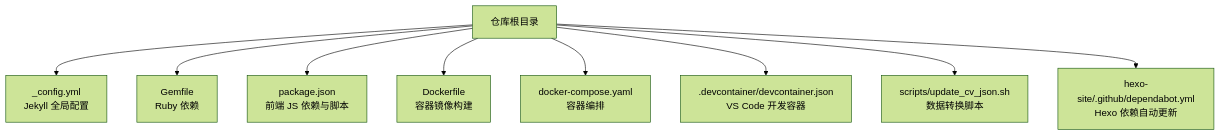
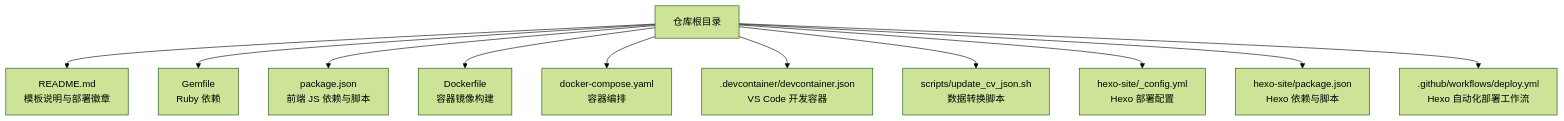
Before and after one commit to CoolPig0720/CoolPig0720.github.io: the first of 6 diagrams in .qoder/repowiki/zh/content/部署和维护/CI_CD 工作流程.md, drawn with Mermaid (forest theme). The commit also changed other lines of this file and 36 other files, not shown here.

````diff
--- a/.qoder/repowiki/zh/content/部署和维护/CI_CD 工作流程.md
+++ b/.qoder/repowiki/zh/content/部署和维护/CI_CD 工作流程.md
@@ -39,11 +38,13 @@
 ```mermaid
 graph TB
-A["仓库根目录"] --> B["_config.yml<br/>Jekyll 全局配置"]
+A["仓库根目录"] --> B["README.md<br/>模板说明与部署徽章"]
 A --> C["Gemfile<br/>Ruby 依赖"]
 A --> D["package.json<br/>前端 JS 依赖与脚本"]
 A --> E["Dockerfile<br/>容器镜像构建"]
 A --> F["docker-compose.yaml<br/>容器编排"]
 A --> G[".devcontainer/devcontainer.json<br/>VS Code 开发容器"]
 A --> H["scripts/update_cv_json.sh<br/>数据转换脚本"]
-A --> I["hexo-site/.github/dependabot.yml<br/>Hexo 依赖自动更新"]
+A --> I["hexo-site/_config.yml<br/>Hexo 部署配置"]
+A --> J["hexo-site/package.json<br/>Hexo 依赖与脚本"]
+A --> K[".github/workflows/deploy.yml<br/>Hexo 自动化部署工作流"]
 ```
````
